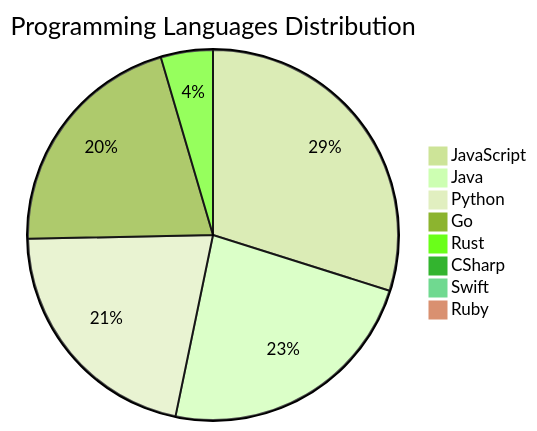
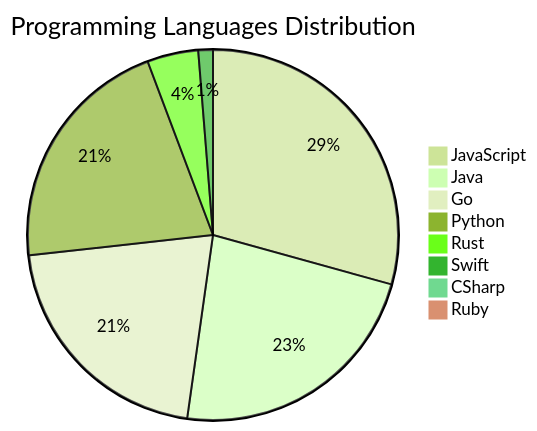
One commit to Derrick-MUGISHA/github-activity-bot changed the diagram in README.md. Above: the diagram before and after it, drawn with Mermaid (forest theme). The commit also changed other lines of this file and 4 other files, not shown here.

````diff
--- a/README.md
+++ b/README.md
@@ -209,11 +209,11 @@
 ```mermaid
 pie title Programming Languages Distribution
     "JavaScript" : 46
     "Java" : 36
+    "Go" : 33
     "Python" : 33
-    "Go" : 32
     "Rust" : 7
+    "Swift" : 2
     "CSharp" : 1
-    "Swift" : 1
     "Ruby" : 1
 ```
````
